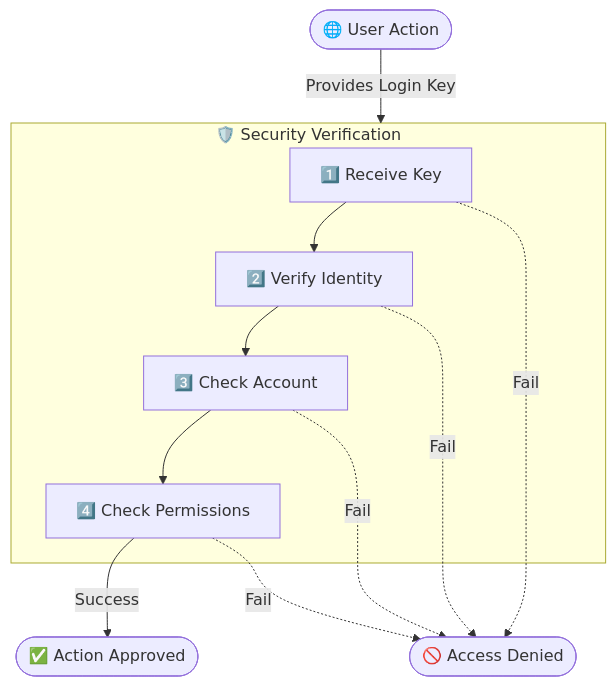
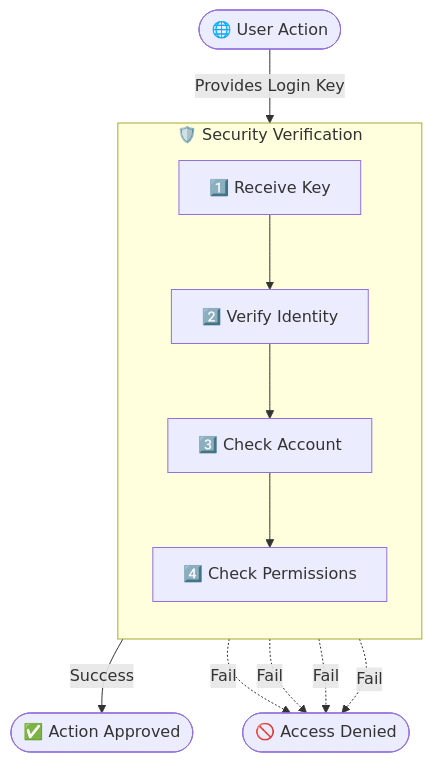
One commit to Himanshu-Singh11/Feedback-Collector changed the second of 2 diagrams in README.md. Above: the diagram before and after it, drawn with Mermaid.

Commit message:
docs: Restore direction TB inside subgraph to fix zigzag layout and maintain perfect centering

````diff
--- a/README.md
+++ b/README.md
@@ -107,24 +107,25 @@
 ```mermaid
 flowchart TD
     Request(["🌐 User Action"])
     
     subgraph Middleware ["🛡️ Security Verification<br/>&nbsp;"]
+        direction TB
         T["1️⃣ Receive Key"]
         V["2️⃣ Verify Identity"]
         U["3️⃣ Check Account"]
         R["4️⃣ Check Permissions"]
         
         T --> V --> U --> R
     end
     
     Block(["🚫 Access Denied"])
     Allow(["✅ Action Approved"])
 
     Request -- "Provides Login Key" --> Middleware
     R -- "Success" --> Allow
     
     T -. "Fail" .-> Block
     V -. "Fail" .-> Block
     U -. "Fail" .-> Block
     R -. "Fail" .-> Block
 ```
````
